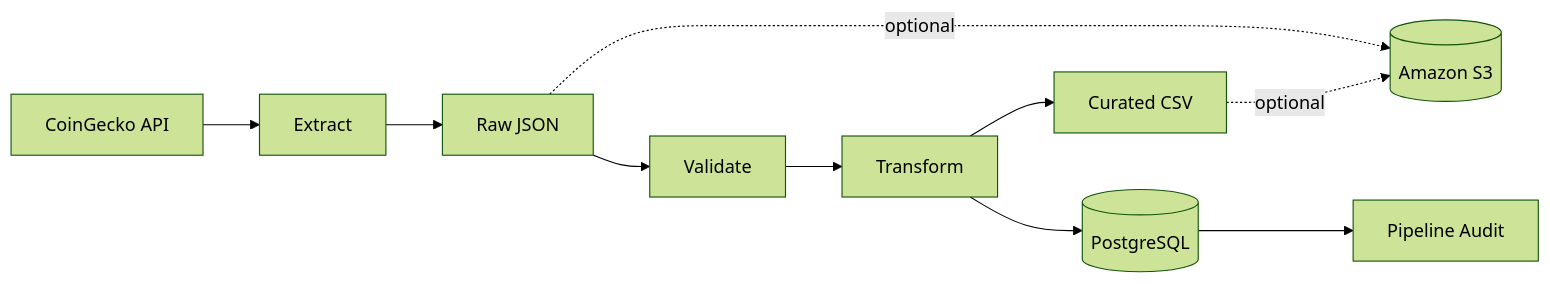
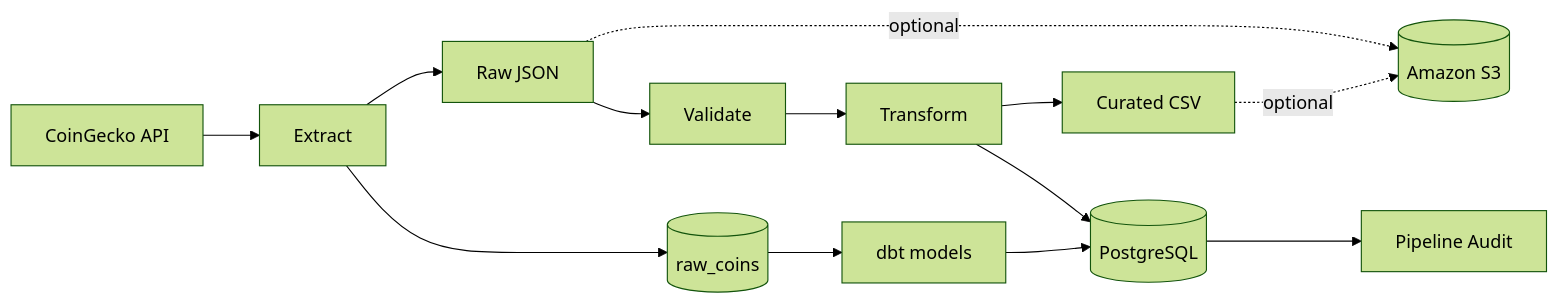
One commit to JENILKHUNT99/CryptoCurrency_ETL changed the first of 2 diagrams in README.md. Above: the diagram before and after it, drawn with Mermaid (forest theme). The commit also changed other lines of this file and 2 other files, not shown here.

Commit message:
docs: document the Airflow tasks, dbt integration, and container recreation

````diff
--- a/README.md
+++ b/README.md
@@ -7,12 +7,15 @@
 ```mermaid
 flowchart LR
     API[CoinGecko API] --> EXTRACT[Extract]
     EXTRACT --> RAW[Raw JSON]
     RAW --> VALIDATE[Validate]
     VALIDATE --> TRANSFORM[Transform]
     TRANSFORM --> CURATED[Curated CSV]
     TRANSFORM --> DB[(PostgreSQL)]
+    EXTRACT --> RAWCOINS[(raw_coins)]
+    RAWCOINS --> DBT[dbt models]
+    DBT --> DB
     RAW -. optional .-> S3[(Amazon S3)]
     CURATED -. optional .-> S3
     DB --> AUDIT[Pipeline Audit]
 ```
````
